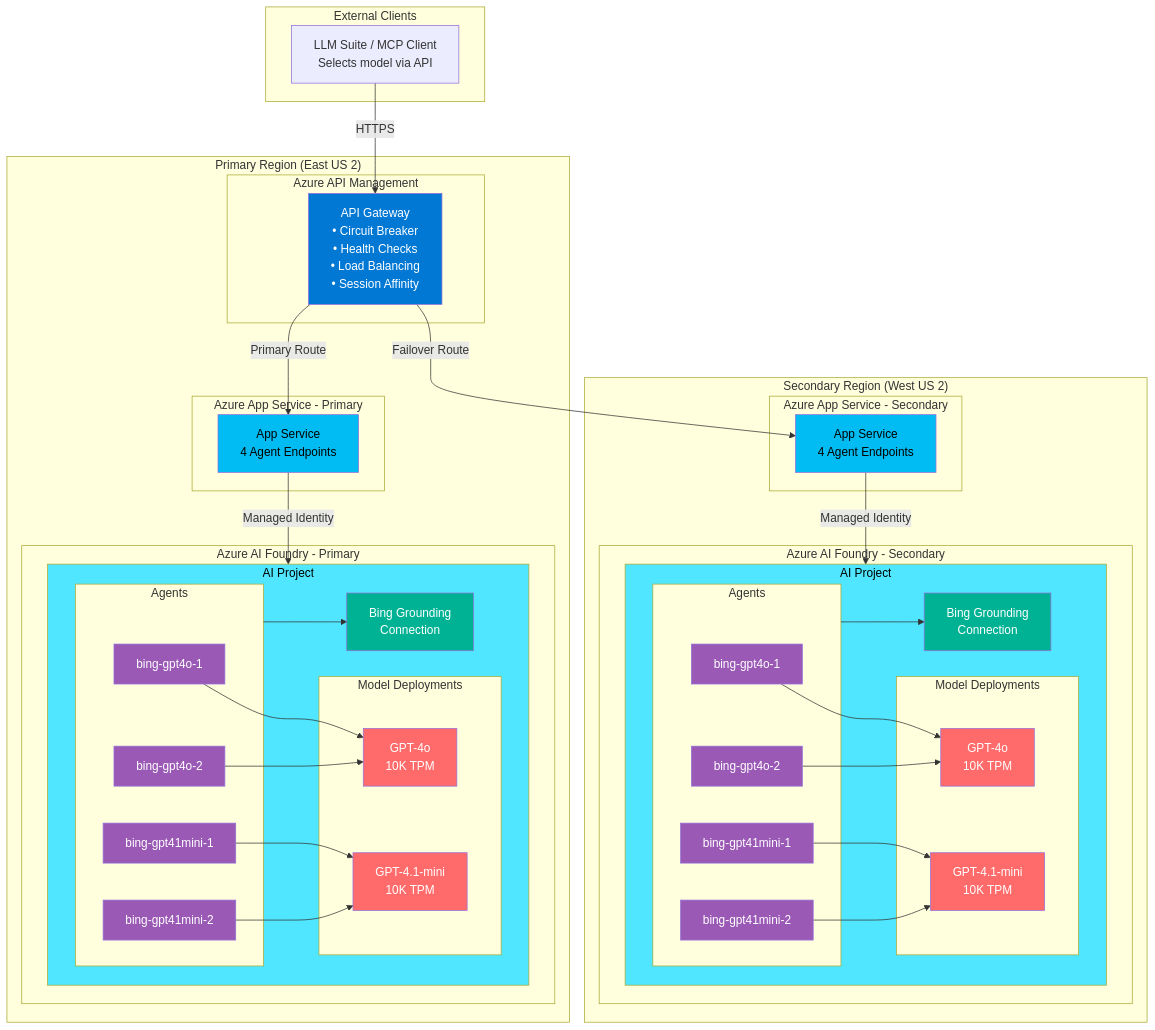
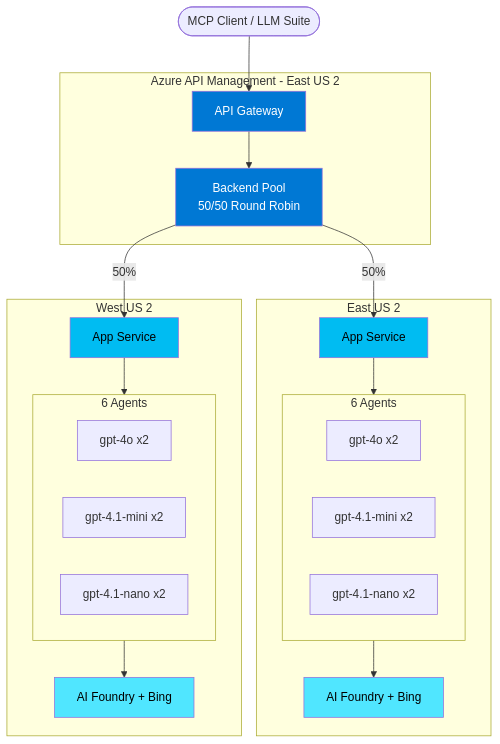
The first of 7 diagrams in README.md (drewelewis/ai-bing-grounding-mcp-appservice), drawn with Mermaid before and after one commit. The commit also changed other lines of this file and 1 other file, not shown here.

Commit message:
updated apim policy

````diff
--- a/README.md
+++ b/README.md
@@ -70,88 +70,45 @@
 ```mermaid
-graph TB
-    subgraph External["External Clients"]
-        Client[LLM Suite / MCP Client<br/>Selects model via API]
+flowchart TB
+    Client([MCP Client / LLM Suite])
+    
+    subgraph APIM[Azure API Management - East US 2]
+        Gateway[API Gateway]
+        Pool[Backend Pool<br/>50/50 Round Robin]
     end
     
-    subgraph PrimaryRegion["Primary Region (East US 2)"]
-        subgraph APIM["Azure API Management"]
-            Gateway[API Gateway<br/>• Circuit Breaker<br/>• Health Checks<br/>• Load Balancing<br/>• Session Affinity]
+    subgraph Region1[East US 2]
+        App1[App Service]
+        subgraph Agents1[6 Agents]
+            A1[gpt-4o x2]
+            A2[gpt-4.1-mini x2]
+            A3[gpt-4.1-nano x2]
         end
-        
-        subgraph AppService1["Azure App Service - Primary"]
-            WebApp1[App Service<br/>4 Agent Endpoints]
-        end
-        
-        subgraph Foundry1["Azure AI Foundry - Primary"]
-            subgraph Project1["AI Project"]
-                subgraph Models1["Model Deployments"]
-                    GPT4O1[GPT-4o<br/>10K TPM]
-                    GPT41Mini1[GPT-4.1-mini<br/>10K TPM]
-                end
-                subgraph Agents1["Agents"]
-                    Agent1A[bing-gpt4o-1]
-                    Agent1B[bing-gpt4o-2]
-                    Agent1C[bing-gpt41mini-1]
-                    Agent1D[bing-gpt41mini-2]
-                end
-                Bing1[Bing Grounding<br/>Connection]
-            end
-        end
+        Foundry1[AI Foundry + Bing]
     end
     
-    subgraph SecondaryRegion["Secondary Region (West US 2)"]
-        subgraph AppService2["Azure App Service - Secondary"]
-            WebApp2[App Service<br/>4 Agent Endpoints]
+    subgraph Region2[West US 2]
+        App2[App Service]
+        subgraph Agents2[6 Agents]
+            B1[gpt-4o x2]
+            B2[gpt-4.1-mini x2]
+            B3[gpt-4.1-nano x2]
         end
-        
-        subgraph Foundry2["Azure AI Foundry - Secondary"]
-            subgraph Project2["AI Project"]
-                subgraph Models2["Model Deployments"]
-                    GPT4O2[GPT-4o<br/>10K TPM]
-                    GPT41Mini2[GPT-4.1-mini<br/>10K TPM]
-                end
-                subgraph Agents2["Agents"]
-                    Agent2A[bing-gpt4o-1]
-                    Agent2B[bing-gpt4o-2]
-                    Agent2C[bing-gpt41mini-1]
-                    Agent2D[bing-gpt41mini-2]
-                end
-                Bing2[Bing Grounding<br/>Connection]
-            end
-        end
+        Foundry2[AI Foundry + Bing]
     end
     
-    Client -->|HTTPS| Gateway
-    Gateway -->|Primary Route| WebApp1
-    Gateway -->|Failover Route| WebApp2
-    
-    WebApp1 -->|Managed Identity| Project1
-    Agent1A & Agent1B --> GPT4O1
-    Agent1C & Agent1D --> GPT41Mini1
-    Agents1 --> Bing1
-    
-    WebApp2 -->|Managed Identity| Project2
-    Agent2A & Agent2B --> GPT4O2
-    Agent2C & Agent2D --> GPT41Mini2
-    Agents2 --> Bing2
+    Client --> Gateway
+    Gateway --> Pool
+    Pool -->|50%| App1
+    Pool -->|50%| App2
+    App1 --> Agents1
+    App2 --> Agents2
+    Agents1 --> Foundry1
+    Agents2 --> Foundry2
     
     style Gateway fill:#0078d4,color:#fff
-    style WebApp1 fill:#00bcf2,color:#000
-    style WebApp2 fill:#00bcf2,color:#000
-    style Project1 fill:#50e6ff,color:#000
-    style Project2 fill:#50e6ff,color:#000
-    style GPT4O1 fill:#ff6b6b,color:#fff
-    style GPT4O2 fill:#ff6b6b,color:#fff
-    style GPT41Mini1 fill:#ff6b6b,color:#fff
-    style GPT41Mini2 fill:#ff6b6b,color:#fff
-    style Bing1 fill:#00b294,color:#fff
-    style Bing2 fill:#00b294,color:#fff
-    style Agent1A fill:#9b59b6,color:#fff
-    style Agent1B fill:#9b59b6,color:#fff
-    style Agent1C fill:#9b59b6,color:#fff
-    style Agent1D fill:#9b59b6,color:#fff
-    style Agent2A fill:#9b59b6,color:#fff
-    style Agent2B fill:#9b59b6,color:#fff
-    style Agent2C fill:#9b59b6,color:#fff
-    style Agent2D fill:#9b59b6,color:#fff
+    style Pool fill:#0078d4,color:#fff
+    style App1 fill:#00bcf2,color:#000
+    style App2 fill:#00bcf2,color:#000
+    style Foundry1 fill:#50e6ff,color:#000
+    style Foundry2 fill:#50e6ff,color:#000
 ```
````
